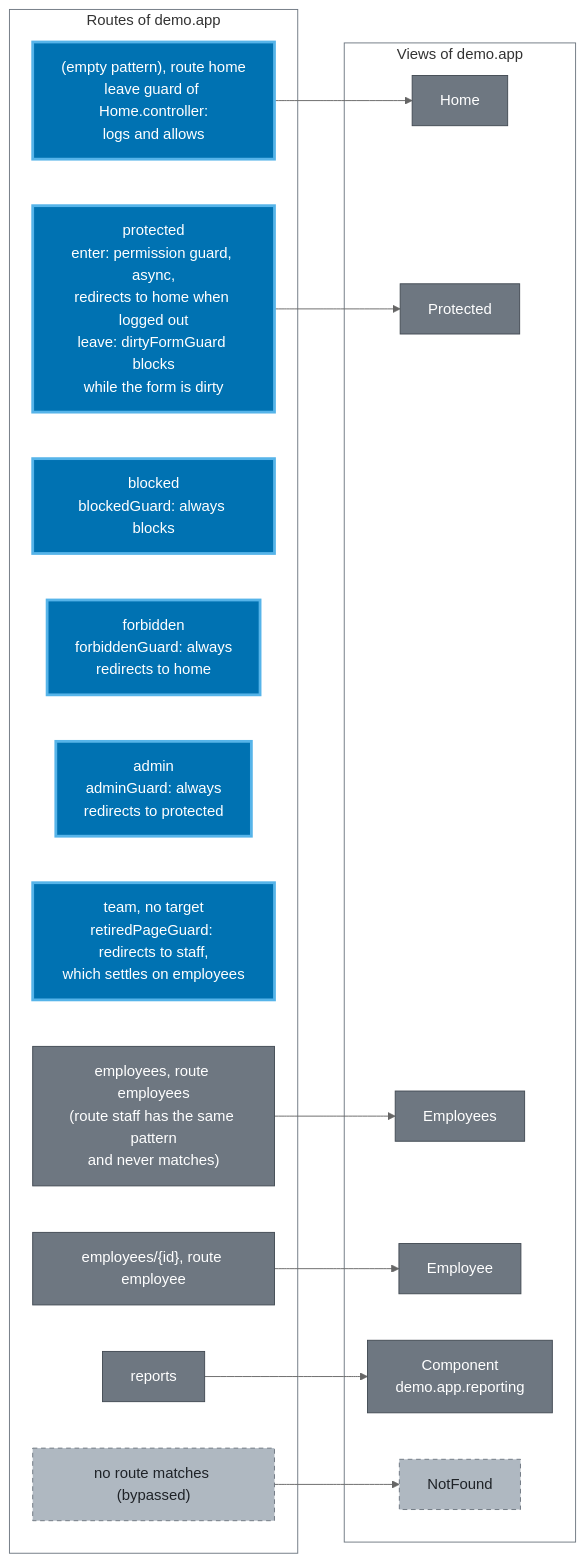
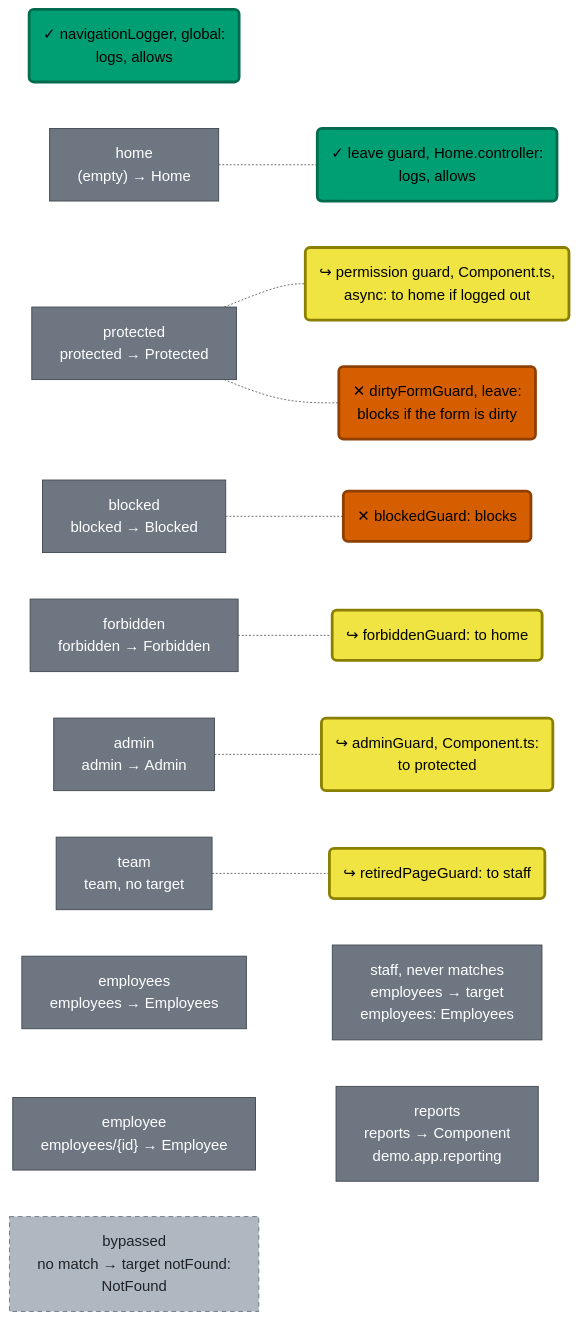
The first of 2 diagrams in packages/demo-app/README.md (wridgeu/ui5-lib-guard-router), drawn with Mermaid (neutral theme) before and after one commit. The commit also changed other lines of this file and 2 other files, not shown here.

Commit message:
docs: fit the overview and the demo route map into the column
The overview of the library README keeps its parts and legend and renders
695px wide instead of 854px. The demo route map shows every route of both
manifests with pattern, target and view, and every guard with what it does,
in manifest order. The diagram style states the 740px limit.

Claude-Session: https://claude.ai/code/session_01WgqSRUKcbEApXUbdrBBVmr

````diff
--- a/packages/demo-app/README.md
+++ b/packages/demo-app/README.md
@@ -14,40 +14,34 @@
 ```mermaid
+---
+config:
+  flowchart:
+    minNodeWidth: 60
+    wrappingWidth: 300
+  elk:
+    forceNodeModelOrder: true
+    considerModelOrder: NODES_AND_EDGES
+---
 flowchart LR
-    subgraph routes ["Routes of demo.app"]
-        rHome["(empty pattern), route home<br/>leave guard of Home.controller:<br/>logs and allows"]
-        rProtected["protected<br/>enter: permission guard, async,<br/>redirects to home when logged out<br/>leave: dirtyFormGuard blocks<br/>while the form is dirty"]
-        rBlocked["blocked<br/>blockedGuard: always blocks"]
-        rForbidden["forbidden<br/>forbiddenGuard: always<br/>redirects to home"]
-        rAdmin["admin<br/>adminGuard: always<br/>redirects to protected"]
-        rTeam["team, no target<br/>retiredPageGuard: redirects to staff,<br/>which settles on employees"]
-        rEmployees["employees, route employees<br/>(route staff has the same pattern<br/>and never matches)"]
-        rEmployee["employees/{id}, route employee"]
-        rReports["reports"]
-        rNone["no route matches (bypassed)"]
-    end
-
-    subgraph views ["Views of demo.app"]
-        home["Home"]
-        protected["Protected"]
-        employees["Employees"]
-        employee["Employee"]
-        reporting["Component<br/>demo.app.reporting"]
-        notFound["NotFound"]
-    end
-
-    rHome --> home
-    rProtected --> protected
-    rEmployees --> employees
-    rEmployee --> employee
-    rReports --> reporting
-    rNone --> notFound
+    gLogger("✓ navigationLogger, global:<br/>logs, allows")
+    rHome["home<br/>(empty) → Home"] -.- gHome("✓ leave guard, Home.controller:<br/>logs, allows")
+    rProtected["protected<br/>protected → Protected"] -.- gPermission("↪ permission guard, Component.ts,<br/>async: to home if logged out")
+    rProtected -.- gDirty("✕ dirtyFormGuard, leave:<br/>blocks if the form is dirty")
+    rBlocked["blocked<br/>blocked → Blocked"] -.- gBlocked("✕ blockedGuard: blocks")
+    rForbidden["forbidden<br/>forbidden → Forbidden"] -.- gForbidden("↪ forbiddenGuard: to home")
+    rAdmin["admin<br/>admin → Admin"] -.- gAdmin("↪ adminGuard, Component.ts:<br/>to protected")
+    rTeam["team<br/>team, no target"] -.- gRetired("↪ retiredPageGuard: to staff")
+    rEmployees["employees<br/>employees → Employees"] ~~~ rStaff["staff, never matches<br/>employees → target<br/>employees: Employees"]
+    rEmployee["employee<br/>employees/{id} → Employee"] ~~~ rReports["reports<br/>reports → Component<br/>demo.app.reporting"]
+    rNone["bypassed<br/>no match → target notFound:<br/>NotFound"]
 
     classDef native fill:#6e7781,stroke:#424a53,color:#ffffff
-    classDef added fill:#0072B2,stroke:#56B4E9,stroke-width:3px,color:#ffffff
     classDef optional fill:#afb8c1,stroke:#6e7781,stroke-dasharray:5 4,color:#1f2328
-    class rEmployees,rEmployee,rReports,home,protected,employees,employee,reporting native
-    class rHome,rProtected,rBlocked,rForbidden,rAdmin,rTeam added
-    class rNone,notFound optional
-    style routes fill:none,stroke:#6e7781
-    style views fill:none,stroke:#6e7781
+    classDef commit fill:#009E73,stroke:#006b4e,stroke-width:3px,color:#000000
+    classDef redirect fill:#F0E442,stroke:#8a7f00,stroke-width:3px,color:#000000
+    classDef block fill:#D55E00,stroke:#8f3f00,stroke-width:3px,color:#000000
+    class rHome,rProtected,rBlocked,rForbidden,rAdmin,rEmployees,rStaff,rTeam,rEmployee,rReports native
+    class rNone optional
+    class gLogger,gHome commit
+    class gPermission,gForbidden,gAdmin,gRetired redirect
+    class gDirty,gBlocked block
 ```
````
